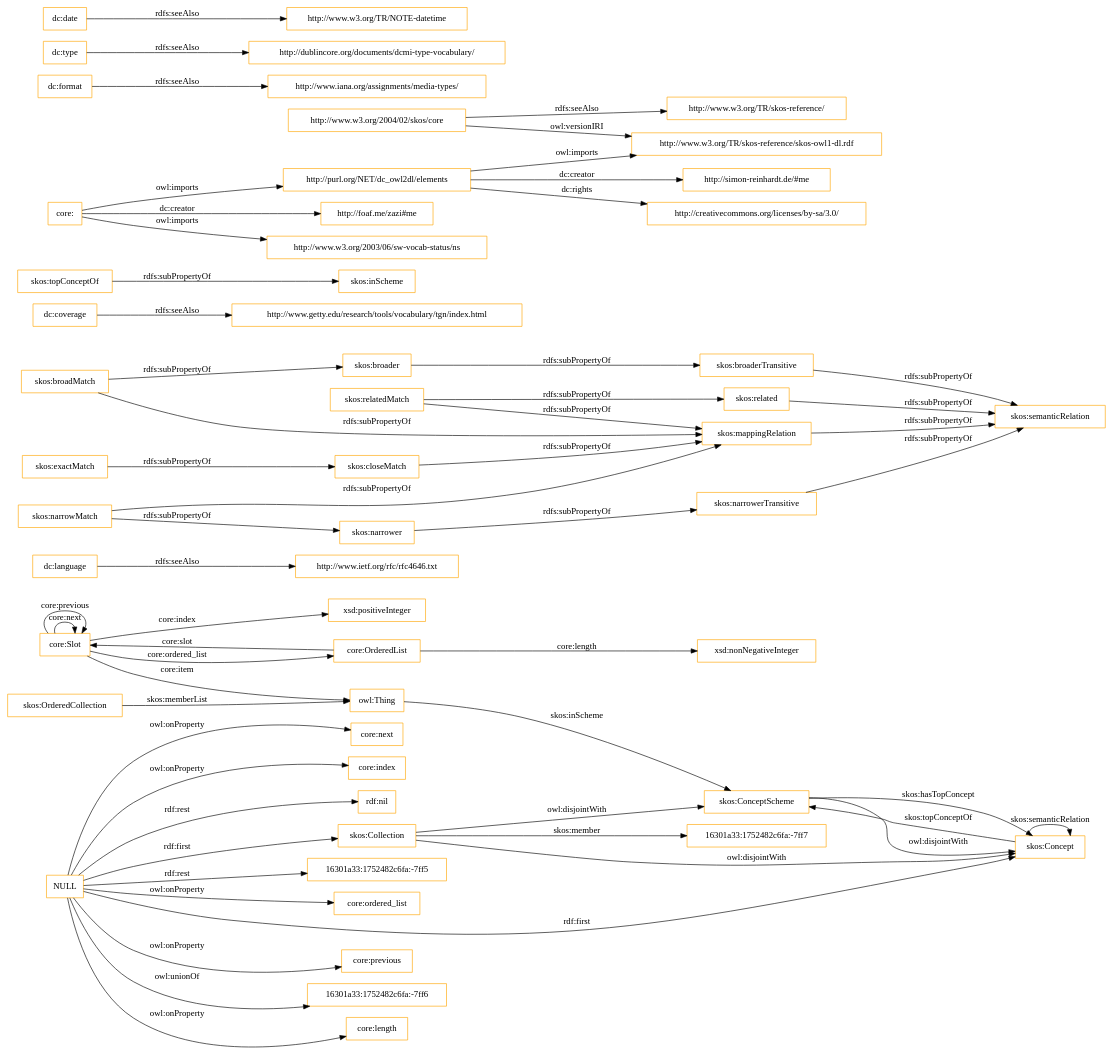
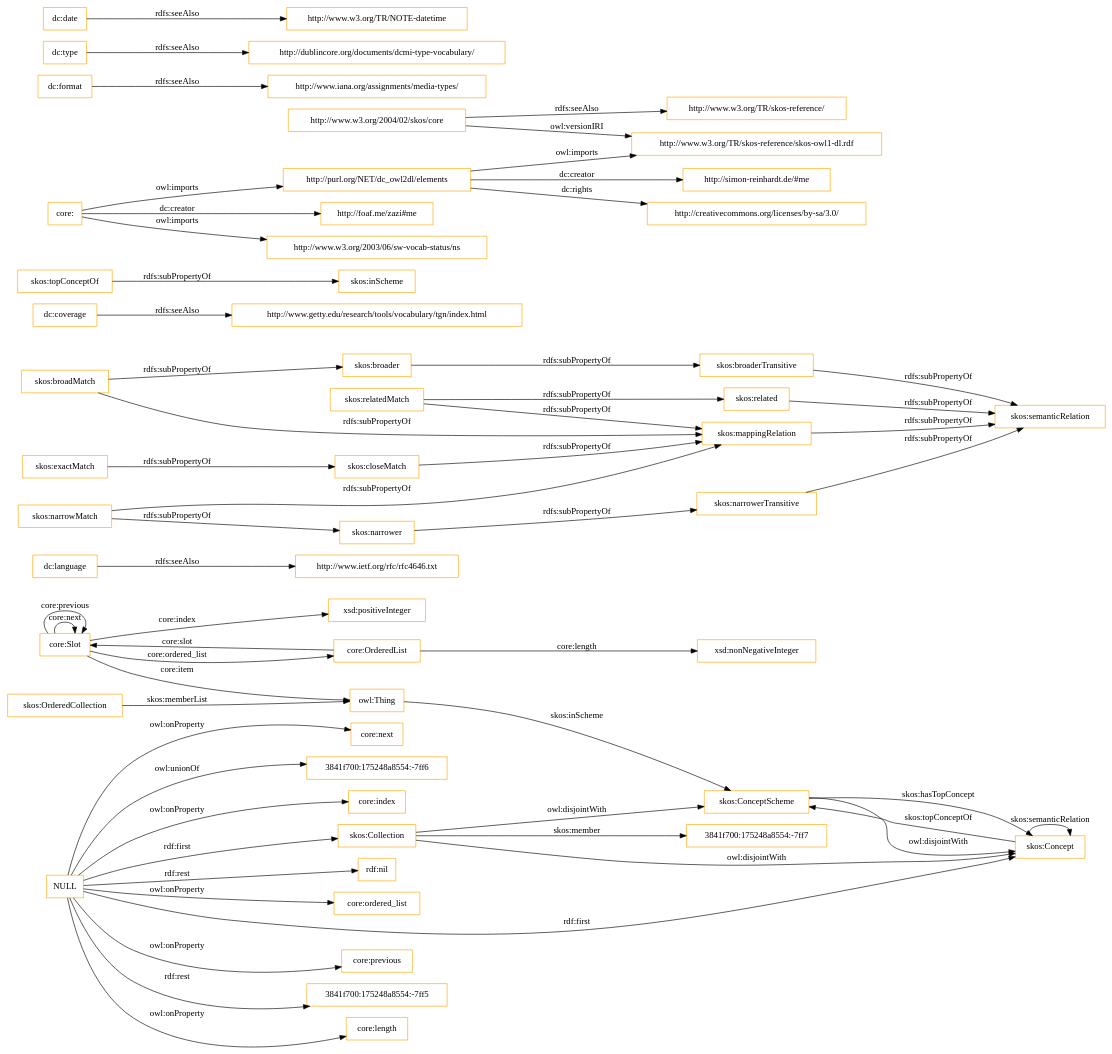
Before and after one commit to OnToologyUser/core-ontology-1: the diagram in OnToology/imports/core.owl/diagrams/ar2dtool-class/core.owl.png.dot, drawn with Graphviz. The commit also changed 14 other files, not shown here.

```diff
--- a/OnToology/imports/core.owl/diagrams/ar2dtool-class/core.owl.png.dot
+++ b/OnToology/imports/core.owl/diagrams/ar2dtool-class/core.owl.png.dot
@@ -1,60 +1,60 @@
 digraph ar2dtool_diagram { 
 rankdir=LR;
 size="1501"
-node [shape = rectangle, color="orange"]; "core:Slot" "core:OrderedList" "16301a33:1752482c6fa:-7ff7" "skos:OrderedCollection" "skos:Collection" "skos:ConceptScheme" "skos:Concept" ; /*classes style*/
+node [shape = rectangle, color="orange"]; "core:Slot" "core:OrderedList" "3841f700:175248a8554:-7ff7" "skos:OrderedCollection" "skos:Collection" "skos:ConceptScheme" "skos:Concept" ; /*classes style*/
 	"dc:language" -> "http://www.ietf.org/rfc/rfc4646.txt" [ label = "rdfs:seeAlso" ];
 	"NULL" -> "core:previous" [ label = "owl:onProperty" ];
-	"NULL" -> "16301a33:1752482c6fa:-7ff6" [ label = "owl:unionOf" ];
+	"NULL" -> "3841f700:175248a8554:-7ff5" [ label = "rdf:rest" ];
 	"NULL" -> "core:length" [ label = "owl:onProperty" ];
 	"NULL" -> "skos:Concept" [ label = "rdf:first" ];
 	"NULL" -> "core:next" [ label = "owl:onProperty" ];
+	"NULL" -> "3841f700:175248a8554:-7ff6" [ label = "owl:unionOf" ];
 	"NULL" -> "core:index" [ label = "owl:onProperty" ];
 	"NULL" -> "rdf:nil" [ label = "rdf:rest" ];
-	"NULL" -> "16301a33:1752482c6fa:-7ff5" [ label = "rdf:rest" ];
 	"NULL" -> "core:ordered_list" [ label = "owl:onProperty" ];
 	"NULL" -> "skos:Collection" [ label = "rdf:first" ];
 	"skos:closeMatch" -> "skos:mappingRelation" [ label = "rdfs:subPropertyOf" ];
 	"dc:coverage" -> "http://www.getty.edu/research/tools/vocabulary/tgn/index.html" [ label = "rdfs:seeAlso" ];
 	"skos:relatedMatch" -> "skos:related" [ label = "rdfs:subPropertyOf" ];
 	"skos:relatedMatch" -> "skos:mappingRelation" [ label = "rdfs:subPropertyOf" ];
 	"skos:ConceptScheme" -> "skos:Concept" [ label = "owl:disjointWith" ];
 	"skos:related" -> "skos:semanticRelation" [ label = "rdfs:subPropertyOf" ];
 	"skos:topConceptOf" -> "skos:inScheme" [ label = "rdfs:subPropertyOf" ];
 	"skos:broadMatch" -> "skos:broader" [ label = "rdfs:subPropertyOf" ];
 	"skos:broadMatch" -> "skos:mappingRelation" [ label = "rdfs:subPropertyOf" ];
 	"http://purl.org/NET/dc_owl2dl/elements" -> "http://www.w3.org/TR/skos-reference/skos-owl1-dl.rdf" [ label = "owl:imports" ];
 	"http://purl.org/NET/dc_owl2dl/elements" -> "http://creativecommons.org/licenses/by-sa/3.0/" [ label = "dc:rights" ];
 	"http://purl.org/NET/dc_owl2dl/elements" -> "http://simon-reinhardt.de/#me" [ label = "dc:creator" ];
 	"skos:exactMatch" -> "skos:closeMatch" [ label = "rdfs:subPropertyOf" ];
 	"dc:format" -> "http://www.iana.org/assignments/media-types/" [ label = "rdfs:seeAlso" ];
 	"core:" -> "http://foaf.me/zazi#me" [ label = "dc:creator" ];
 	"core:" -> "http://www.w3.org/2003/06/sw-vocab-status/ns" [ label = "owl:imports" ];
 	"core:" -> "http://purl.org/NET/dc_owl2dl/elements" [ label = "owl:imports" ];
 	"skos:broaderTransitive" -> "skos:semanticRelation" [ label = "rdfs:subPropertyOf" ];
 	"skos:mappingRelation" -> "skos:semanticRelation" [ label = "rdfs:subPropertyOf" ];
 	"skos:broader" -> "skos:broaderTransitive" [ label = "rdfs:subPropertyOf" ];
 	"dc:type" -> "http://dublincore.org/documents/dcmi-type-vocabulary/" [ label = "rdfs:seeAlso" ];
 	"http://www.w3.org/2004/02/skos/core" -> "http://www.w3.org/TR/skos-reference/skos-owl1-dl.rdf" [ label = "owl:versionIRI" ];
 	"http://www.w3.org/2004/02/skos/core" -> "http://www.w3.org/TR/skos-reference/" [ label = "rdfs:seeAlso" ];
 	"skos:Collection" -> "skos:ConceptScheme" [ label = "owl:disjointWith" ];
 	"skos:Collection" -> "skos:Concept" [ label = "owl:disjointWith" ];
 	"skos:narrowMatch" -> "skos:narrower" [ label = "rdfs:subPropertyOf" ];
 	"skos:narrowMatch" -> "skos:mappingRelation" [ label = "rdfs:subPropertyOf" ];
 	"skos:narrower" -> "skos:narrowerTransitive" [ label = "rdfs:subPropertyOf" ];
 	"dc:date" -> "http://www.w3.org/TR/NOTE-datetime" [ label = "rdfs:seeAlso" ];
 	"skos:narrowerTransitive" -> "skos:semanticRelation" [ label = "rdfs:subPropertyOf" ];
 	"core:Slot" -> "xsd:positiveInteger" [ label = "core:index" ];
 	"skos:Concept" -> "skos:ConceptScheme" [ label = "skos:topConceptOf" ];
 	"core:Slot" -> "owl:Thing" [ label = "core:item" ];
 	"core:OrderedList" -> "xsd:nonNegativeInteger" [ label = "core:length" ];
 	"core:OrderedList" -> "core:Slot" [ label = "core:slot" ];
-	"skos:Collection" -> "16301a33:1752482c6fa:-7ff7" [ label = "skos:member" ];
+	"skos:Collection" -> "3841f700:175248a8554:-7ff7" [ label = "skos:member" ];
 	"core:Slot" -> "core:Slot" [ label = "core:next" ];
 	"skos:ConceptScheme" -> "skos:Concept" [ label = "skos:hasTopConcept" ];
 	"owl:Thing" -> "skos:ConceptScheme" [ label = "skos:inScheme" ];
 	"core:Slot" -> "core:Slot" [ label = "core:previous" ];
 	"skos:OrderedCollection" -> "owl:Thing" [ label = "skos:memberList" ];
 	"skos:Concept" -> "skos:Concept" [ label = "skos:semanticRelation" ];
 	"core:Slot" -> "core:OrderedList" [ label = "core:ordered_list" ];
 
 }
```
